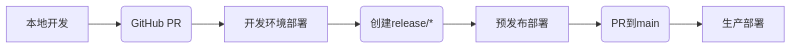
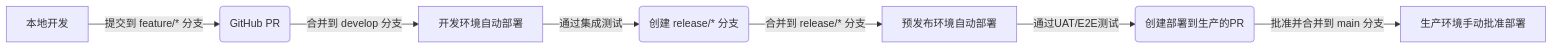
The fifth of 5 diagrams in docs/architecture2.md (zhiyue/infinite-scribe), drawn with Mermaid before and after one commit. The commit also changed other lines of this file and 1 other file, not shown here.

First line of the commit message:
Add architecture review document for InfiniteScribe project

````diff
--- a/docs/architecture2.md
+++ b/docs/architecture2.md
@@ -634,9 +1258,9 @@
 ```mermaid
 graph LR
-    A[本地开发] --> B(GitHub PR)
-    B --> C[开发环境部署]
-    C --> D(创建release/*)
-    D --> E[预发布部署]
-    E --> F(PR到main)
-    F --> G[生产部署]
+    A[本地开发] -->|提交到 feature/* 分支| B(GitHub PR)
+    B -->|合并到 develop 分支| C[开发环境自动部署]
+    C -->|通过集成测试| D(创建 release/* 分支)
+    D -->|合并到 release/* 分支| E[预发布环境自动部署]
+    E -->|通过UAT/E2E测试| F(创建部署到生产的PR)
+    F -->|批准并合并到 main 分支| G[生产环境手动批准部署]
 ```
````
